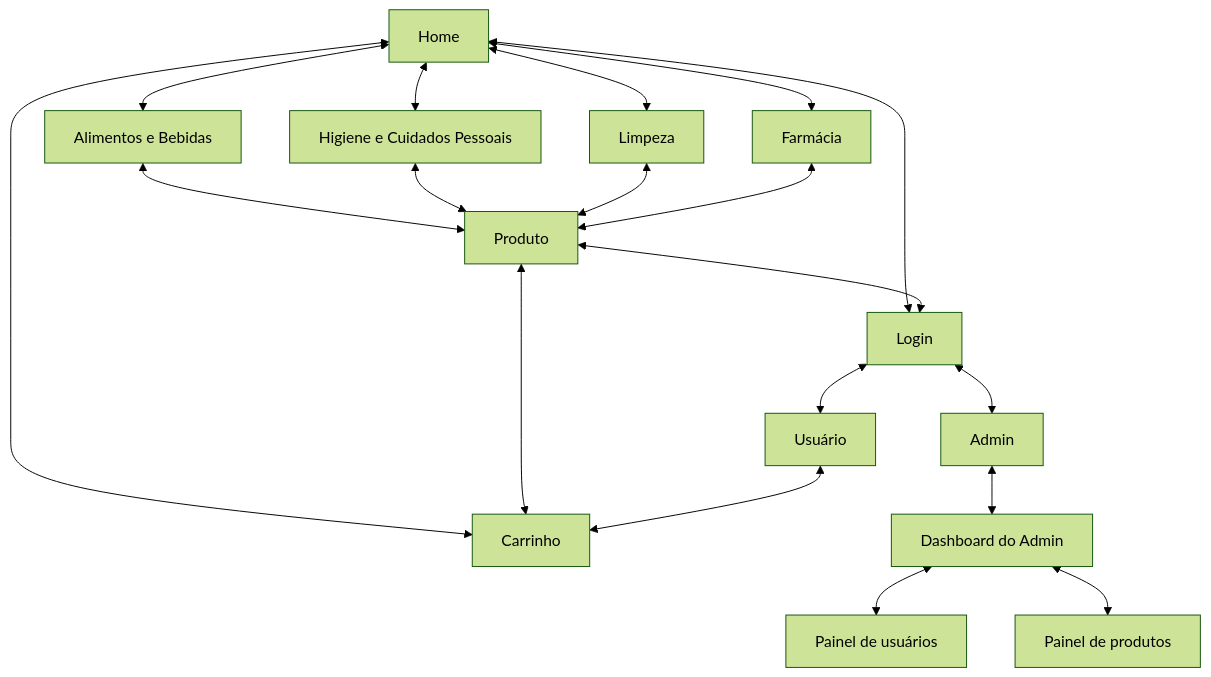
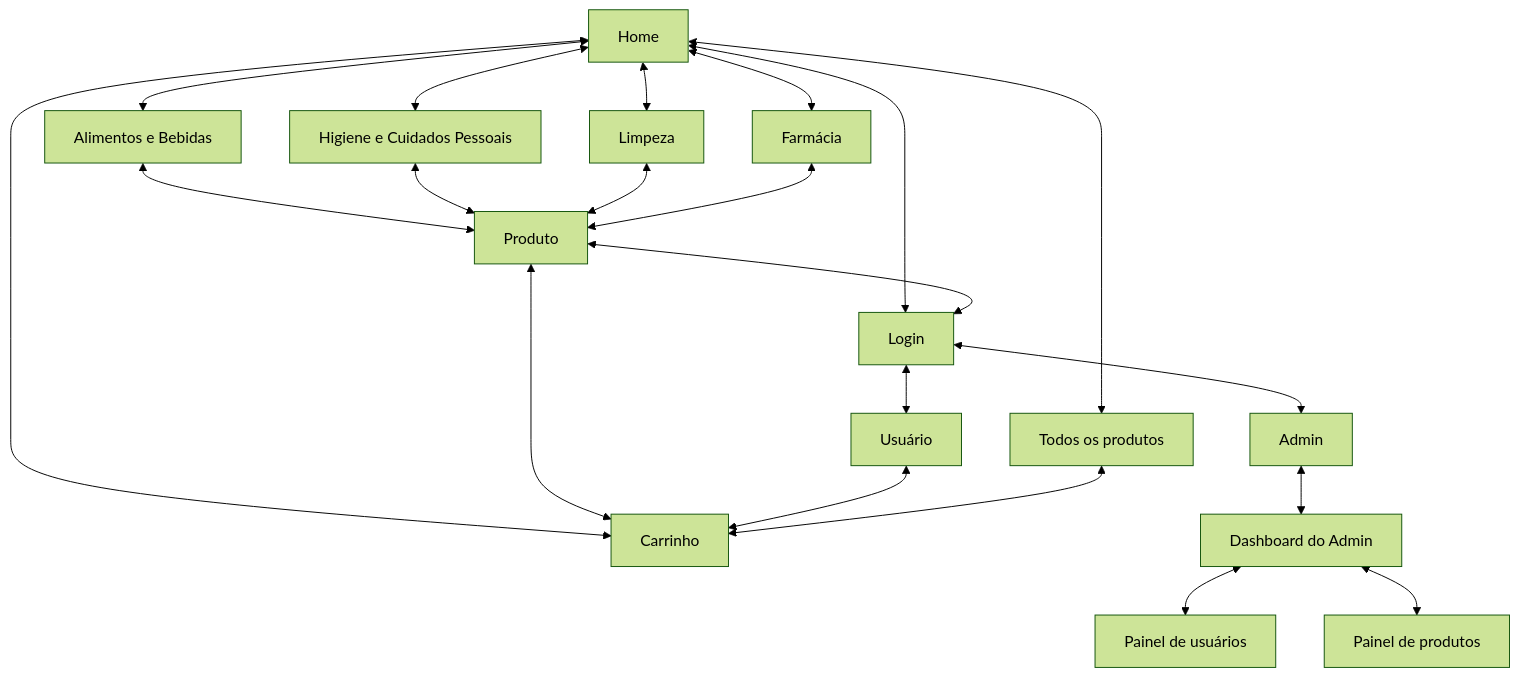
The diagram in README.md (joaopgodoy/online_store_project), drawn with Mermaid (forest theme) before and after one commit. The commit also changed 1 other file, not shown here.

Commit message:
NEW: página de todos os produtos adicionada ao diagrama e imagem adicionada

````diff
--- a/README.md
+++ b/README.md
@@ -50,55 +50,59 @@
 ```mermaid
 graph TD
   Home[Home]
   Alimentos[Alimentos e Bebidas]
   Higiene[Higiene e Cuidados Pessoais]
   Limpeza[Limpeza]
   Farmacia[Farmácia]
   Produto[Produto]
   Carrinho[Carrinho]
   Login[Login]
   Usuario[Usuário]
   Admin[Admin]
   Dashboard[Dashboard do Admin]
   PainelUsuarios[Painel de usuários]
   PainelProdutos[Painel de produtos]
+  TodosProdutos[Todos os produtos]
 
   %% Ligações
   Home <--> Alimentos
   Home <--> Higiene
   Home <--> Limpeza
   Home <--> Farmacia
   Home <--> Carrinho
   Home <--> Login
+  Home <--> TodosProdutos
 
   Alimentos <--> Produto
   Higiene <--> Produto
   Limpeza <--> Produto
   Farmacia <--> Produto
 
   Produto <--> Carrinho
   Produto <--> Login
 
   Login <--> Usuario
   Usuario <--> Carrinho
+  TodosProdutos <--> Carrinho
 
   Login <--> Admin
   Admin <--> Dashboard
 
   Dashboard <--> PainelUsuarios
   Dashboard <--> PainelProdutos
 
   %% Links nos nós
   click Home "https://github.com/joaopgodoy/online_store_project/blob/main/mockups/index_01.png" _blank
   click Carrinho "https://github.com/joaopgodoy/online_store_project/blob/main/mockups/cart.png" _blank
   click Login "https://github.com/joaopgodoy/online_store_project/blob/main/mockups/login.png" _blank
   click Alimentos "https://github.com/joaopgodoy/online_store_project/blob/main/mockups/alimentos.jpeg" _blank
   click Higiene "https://github.com/joaopgodoy/online_store_project/blob/main/mockups/higiene.jpeg" _blank
   click Limpeza "https://github.com/joaopgodoy/online_store_project/blob/main/mockups/limpeza.jpeg" _blank
   click Farmacia "https://github.com/joaopgodoy/online_store_project/blob/main/mockups/farmacia.jpeg" _blank
   click Produto "https://github.com/joaopgodoy/online_store_project/blob/main/mockups/product.jpeg" _blank
   click Usuario "https://github.com/joaopgodoy/online_store_project/blob/main/mockups/user.jpeg" _blank
   click PainelUsuarios "https://github.com/joaopgodoy/online_store_project/blob/main/mockups/admin_dashboard_users.jpeg" _blank
   click PainelProdutos "https://github.com/joaopgodoy/online_store_project/blob/main/mockups/admin_dashboard_products.jpeg" _blank
+  click TodosProdutos "https://github.com/joaopgodoy/online_store_project/blob/main/mockups/all_products.jpeg" _blank
 
 ```
````
